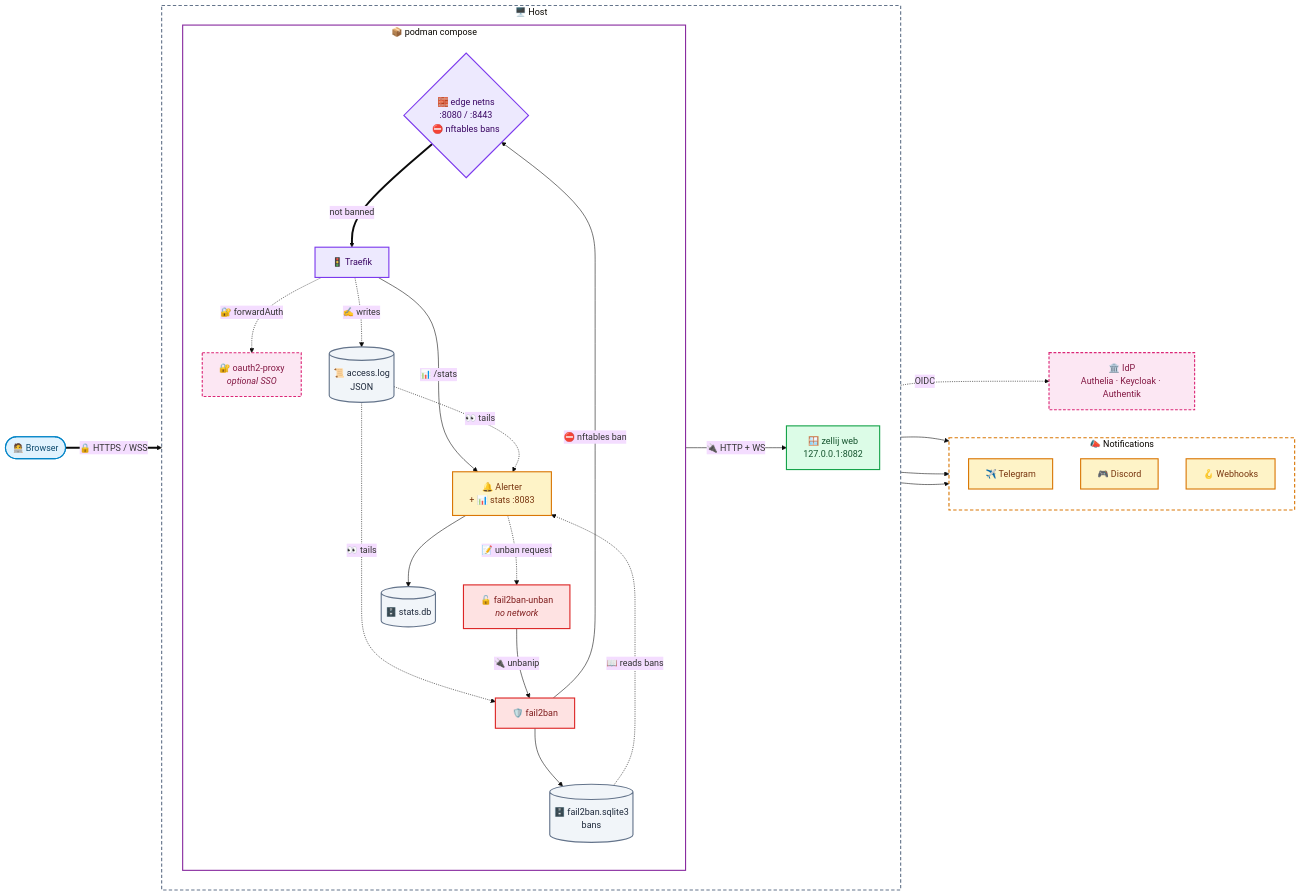
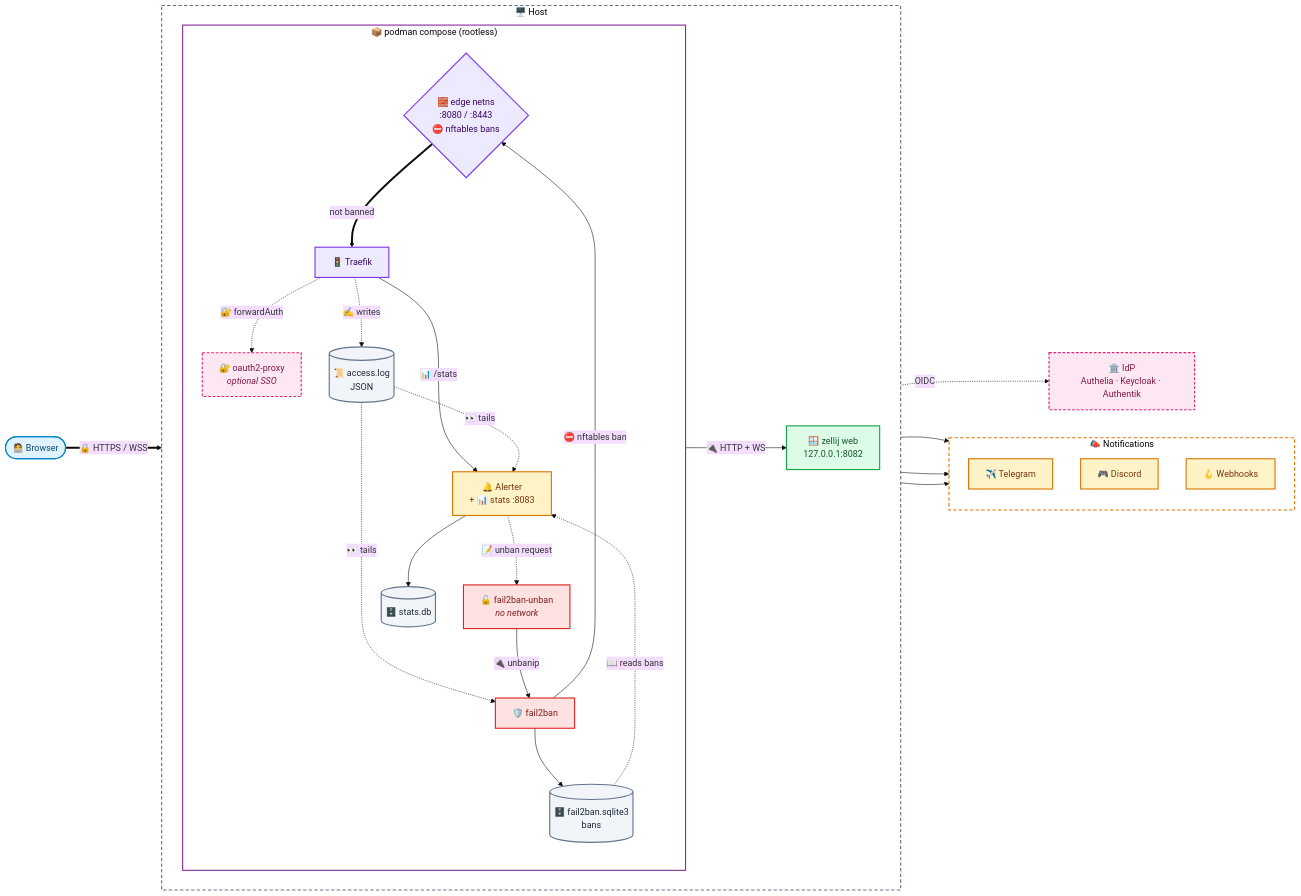
The first of 2 diagrams in README.md (thereisnotime/secure-zellij), drawn with Mermaid (base theme) before and after one commit. The commit also changed other lines of this file and 11 other files, not shown here.

````diff
--- a/README.md
+++ b/README.md
@@ -34,68 +76,68 @@
 ```mermaid
 flowchart LR
     user(["🧑‍💻 Browser"])
 
     subgraph host["🖥️ Host"]
         direction LR
         zellij["🪟 zellij web<br/>127.0.0.1:8082"]
 
-        subgraph stack["📦 podman compose"]
+        subgraph stack["📦 podman compose (rootless)"]
             direction TB
             edge{"🧱 edge netns<br/>:8080 / :8443<br/>⛔ nftables bans"}
             traefik["🚦 Traefik"]
             o2p["🔐 oauth2-proxy<br/><i>optional SSO</i>"]
             logs[("📜 access.log<br/>JSON")]
             f2b["🛡️ fail2ban"]
             f2bdb[("🗄️ fail2ban.sqlite3<br/>bans")]
             unban["🔓 fail2ban-unban<br/><i>no network</i>"]
             alerter["🔔 Alerter<br/>+ 📊 stats :8083"]
             db[("🗄️ stats.db")]
         end
     end
 
     idp["🏛️ IdP<br/>Authelia · Keycloak · Authentik"]
 
     subgraph notify["📣 Notifications"]
         direction TB
         tg["✈️ Telegram"]
         dc["🎮 Discord"]
         wh["🪝 Webhooks"]
     end
 
     user == "🔒 HTTPS / WSS" ==> edge
     edge == "not banned" ==> traefik
     traefik -- "🔌 HTTP + WS" --> zellij
     traefik -. "🔐 forwardAuth" .-> o2p
     o2p -. "OIDC" .-> idp
     traefik -- "📊 /stats" --> alerter
     traefik -. "✍️ writes" .-> logs
     logs -. "👀 tails" .-> f2b
     logs -. "👀 tails" .-> alerter
     f2b -- "⛔ nftables ban" --> edge
     f2b --> f2bdb
     f2bdb -. "📖 reads bans" .-> alerter
     alerter -. "📝 unban request" .-> unban
     unban -- "🔌 unbanip" --> f2b
     alerter --> db
     alerter --> tg & dc & wh
 
     classDef client fill:#e0f2fe,stroke:#0284c7,stroke-width:2px,color:#0c4a6e
     classDef proxy fill:#ede9fe,stroke:#7c3aed,stroke-width:2px,color:#3b0764
     classDef app fill:#dcfce7,stroke:#16a34a,stroke-width:2px,color:#14532d
     classDef guard fill:#fee2e2,stroke:#dc2626,stroke-width:2px,color:#7f1d1d
     classDef alert fill:#fef3c7,stroke:#d97706,stroke-width:2px,color:#78350f
     classDef sso fill:#fce7f3,stroke:#db2777,stroke-width:2px,stroke-dasharray:5 3,color:#831843
     classDef store fill:#f1f5f9,stroke:#64748b,stroke-width:2px,color:#1e293b
 
     class user client
     class traefik,edge proxy
     class zellij app
     class f2b,unban guard
     class alerter,tg,dc,wh alert
     class o2p,idp sso
     class logs,db,f2bdb store
 
     style host fill:transparent,stroke:#64748b,stroke-width:2px,stroke-dasharray:6 4
     style stack fill:transparent,stroke:#892ca0,stroke-width:2px
     style notify fill:transparent,stroke:#d97706,stroke-width:2px,stroke-dasharray:6 4
 ```
````
